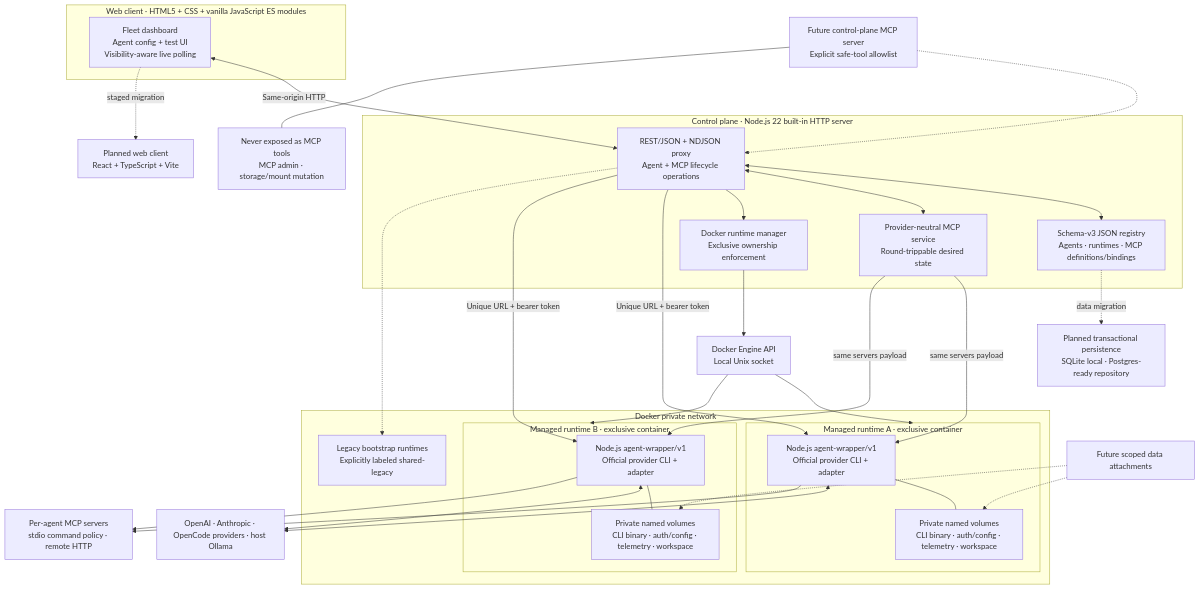
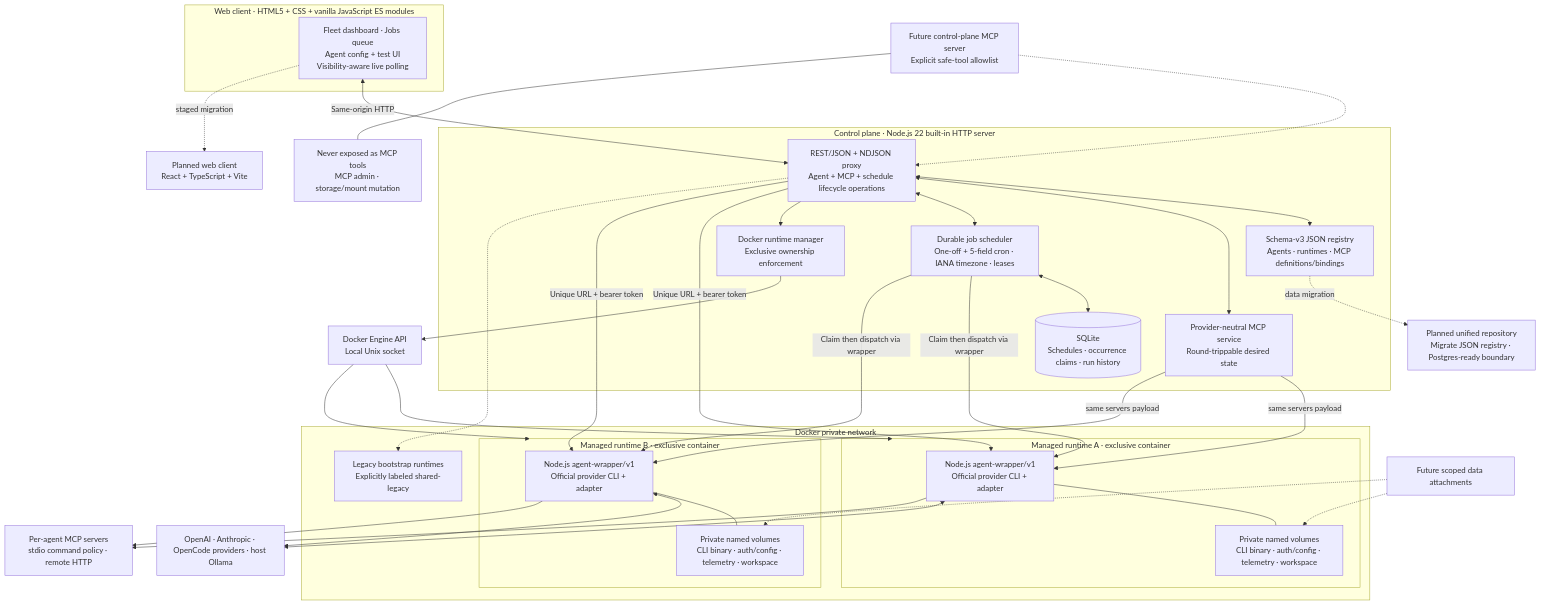
The diagram in docs/architecture.mmd (alext-avi/agent-dock), drawn with Mermaid before and after one commit. The commit also changed 14 other files, not shown here.

Commit message:
Add durable scheduled jobs and operator UI

```diff
--- a/docs/architecture.mmd
+++ b/docs/architecture.mmd
@@ -1,57 +1,63 @@
 flowchart TB
   subgraph Client["Web client · HTML5 + CSS + vanilla JavaScript ES modules"]
-    UI["Fleet dashboard\nAgent config + test UI\nVisibility-aware live polling"]
+    UI["Fleet dashboard · Jobs queue\nAgent config + test UI\nVisibility-aware live polling"]
   end
 
   subgraph Plane["Control plane · Node.js 22 built-in HTTP server"]
-    API["REST/JSON + NDJSON proxy\nAgent + MCP lifecycle operations"]
+    API["REST/JSON + NDJSON proxy\nAgent + MCP + schedule lifecycle operations"]
     Registry["Schema-v3 JSON registry\nAgents · runtimes · MCP definitions/bindings"]
     McpService["Provider-neutral MCP service\nRound-trippable desired state"]
+    Scheduler["Durable job scheduler\nOne-off + 5-field cron · IANA timezone · leases"]
+    ScheduleDb[("SQLite\nSchedules · occurrence claims · run history")]
     Provisioner["Docker runtime manager\nExclusive ownership enforcement"]
   end
 
   Engine["Docker Engine API\nLocal Unix socket"]
 
   subgraph Docker["Docker private network"]
     subgraph RuntimeA["Managed runtime A · exclusive container"]
       WA["Node.js agent-wrapper/v1\nOfficial provider CLI + adapter"]
       VA["Private named volumes\nCLI binary · auth/config · telemetry · workspace"]
       WA --- VA
     end
     subgraph RuntimeB["Managed runtime B · exclusive container"]
       WB["Node.js agent-wrapper/v1\nOfficial provider CLI + adapter"]
       VB["Private named volumes\nCLI binary · auth/config · telemetry · workspace"]
       WB --- VB
     end
     Legacy["Legacy bootstrap runtimes\nExplicitly labeled shared-legacy"]
   end
 
   Providers["OpenAI · Anthropic · OpenCode providers · host Ollama"]
   MCP["Per-agent MCP servers\nstdio command policy · remote HTTP"]
   FutureMcp["Future control-plane MCP server\nExplicit safe-tool allowlist"]
   Guard["Never exposed as MCP tools\nMCP admin · storage/mount mutation"]
   Data["Future scoped data attachments"]
   React["Planned web client\nReact + TypeScript + Vite"]
-  Database["Planned transactional persistence\nSQLite local · Postgres-ready repository"]
+  Database["Planned unified repository\nMigrate JSON registry · Postgres-ready boundary"]
 
   UI <-->|"Same-origin HTTP"| API
   API <--> Registry
   API <--> McpService
+  API <--> Scheduler
+  Scheduler <--> ScheduleDb
   API --> Provisioner --> Engine
   Engine --> RuntimeA
   Engine --> RuntimeB
   API -->|"Unique URL + bearer token"| WA
   API -->|"Unique URL + bearer token"| WB
+  Scheduler -->|"Claim then dispatch via wrapper"| WA
+  Scheduler -->|"Claim then dispatch via wrapper"| WB
   WA <--> Providers
   WB <--> Providers
   API -.-> Legacy
   UI -.->|"staged migration"| React
   Registry -.->|"data migration"| Database
   McpService -->|"same servers payload"| WA
   McpService -->|"same servers payload"| WB
   WA --> MCP
   WB --> MCP
   FutureMcp -.-> API
   FutureMcp --- Guard
   Data -.-> VA
   Data -.-> VB
```
